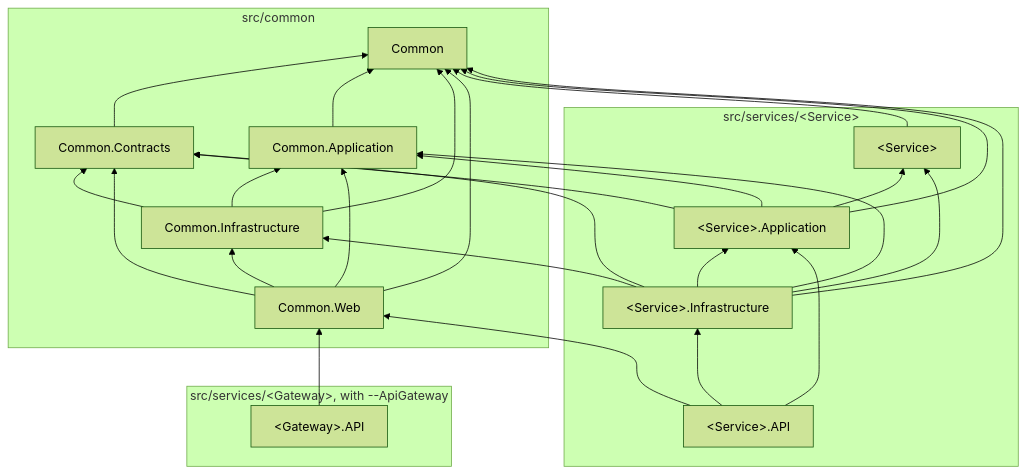
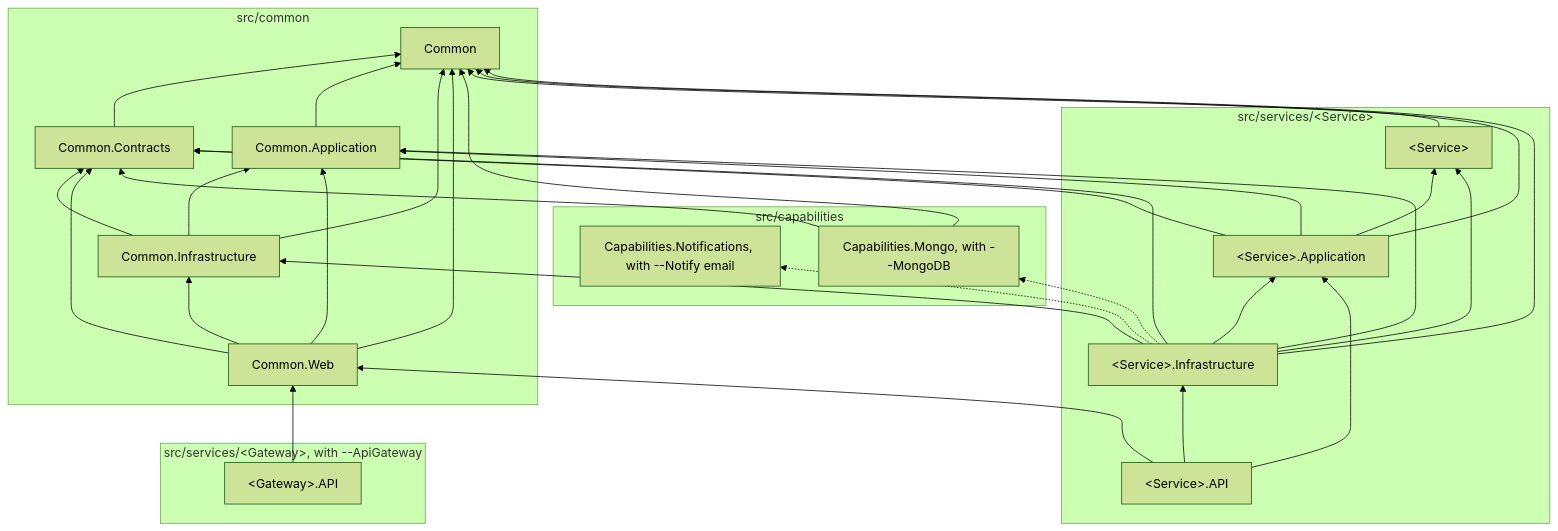
One commit to Vovanda/DotNetSolutionKit changed the diagram in docs/architecture/projects-and-layers.md. Above: the diagram before and after it, drawn with Mermaid (forest theme). The commit also changed other lines of this file and 71 other files, not shown here.

````diff
--- a/docs/architecture/projects-and-layers.md
+++ b/docs/architecture/projects-and-layers.md
@@ -8,34 +8,41 @@
 ```mermaid
 flowchart BT
     subgraph common [src/common]
         C[Common]
         CC[Common.Contracts] --> C
         CA[Common.Application] --> C
         CI[Common.Infrastructure] --> C
         CI --> CA
         CI --> CC
         CW[Common.Web] --> C
         CW --> CC
         CW --> CA
         CW --> CI
     end
+    subgraph capabilities [src/capabilities]
+        CN["Capabilities.Notifications, with --Notify email"]
+        CM["Capabilities.Mongo, with --MongoDB"] --> C
+        CM --> CC
+    end
     subgraph service ["src/services/#lt;Service#gt;"]
         D["#lt;Service#gt;"] --> C
         A["#lt;Service#gt;.Application"] --> D
         A --> CA
         A --> C
         A --> CC
         I["#lt;Service#gt;.Infrastructure"] --> D
         I --> A
         I --> C
         I --> CA
         I --> CI
         I --> CC
+        I -.-> CN
+        I -.-> CM
         API["#lt;Service#gt;.API"] --> A
         API --> I
         API --> CW
     end
     subgraph gateway ["src/services/#lt;Gateway#gt;, with --ApiGateway"]
         G["#lt;Gateway#gt;.API"] --> CW
     end
 ```
````
